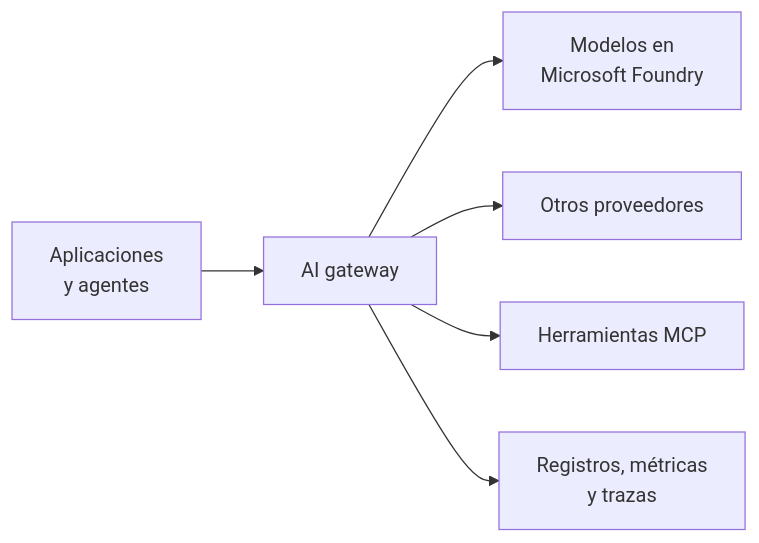
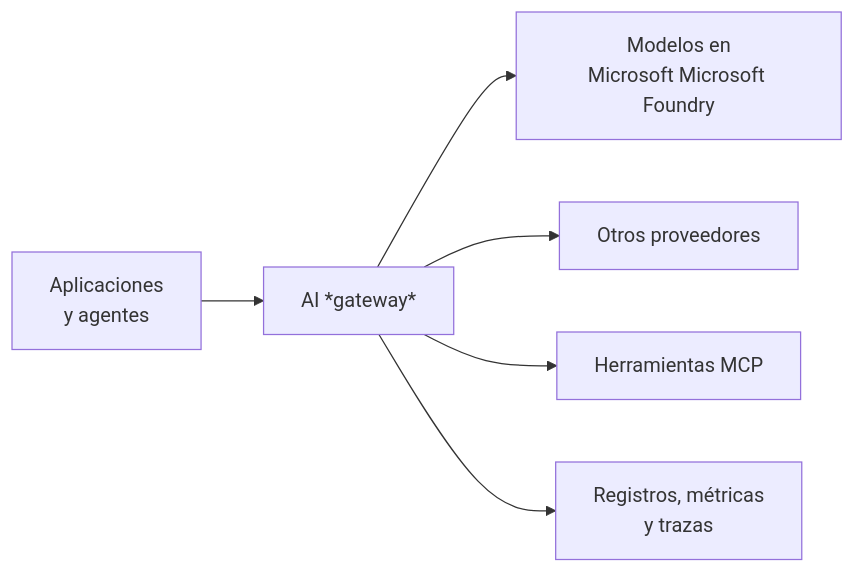
One commit to rliberoff/workshop-governed-ai-gateways changed the diagram in docs/01-conceptos.md. Above: the diagram before and after it, drawn with Mermaid. The commit also changed other lines of this file and 2 other files, not shown here.

Commit message:
Update APM lockfile version and enhance documentation with new AI gateway concepts and deployment instructions

````diff
--- a/docs/01-conceptos.md
+++ b/docs/01-conceptos.md
@@ -24,8 +24,8 @@
 ```mermaid
 flowchart LR
-    apps["Aplicaciones<br/>y agentes"] --> gw["AI gateway"]
-    gw --> m1["Modelos en<br/>Microsoft Foundry"]
+    apps["Aplicaciones<br/>y agentes"] --> gw["AI *gateway*"]
+    gw --> m1["Modelos en<br/>Microsoft Microsoft Foundry"]
     gw --> m2["Otros proveedores"]
     gw --> mcp["Herramientas MCP"]
     gw --> obs["Registros, métricas<br/>y trazas"]
 ```
````
